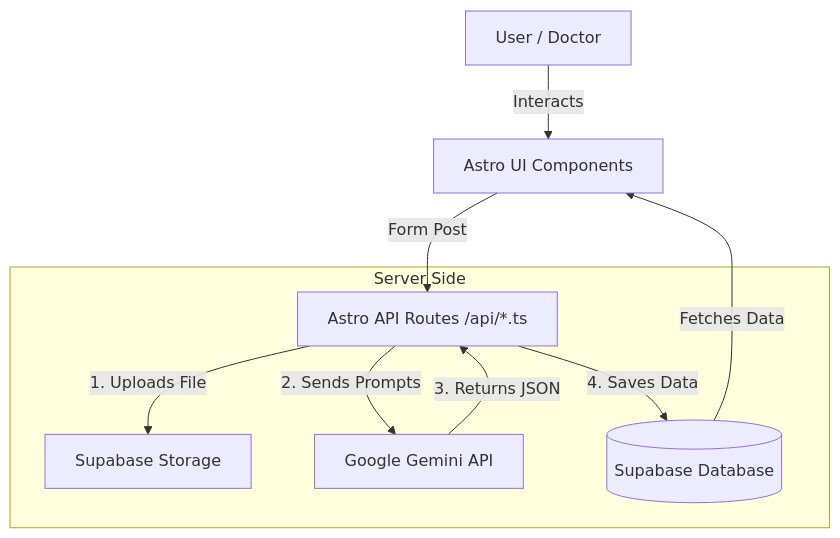
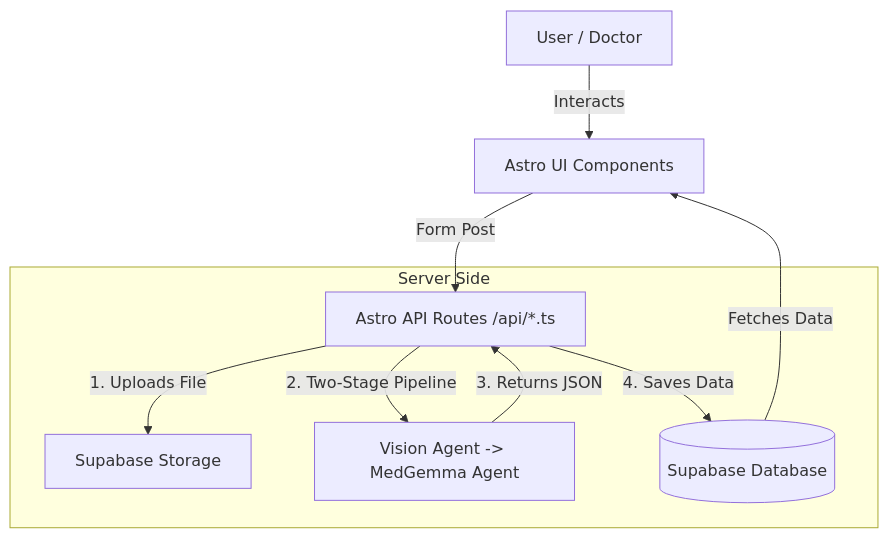
Before and after one commit to Rehumanice/Empathetic-Engagement: the diagram in docs/ARCHITECTURE.md, drawn with Mermaid. The commit also changed other lines of this file and 2 other files, not shown here.

Commit message:
Update docs to reflect Empathetic Engagement rename, GitHub URL, and 2-stage MedGemma Agentic Workflow

````diff
--- a/docs/ARCHITECTURE.md
+++ b/docs/ARCHITECTURE.md
@@ -7,14 +7,14 @@
 ```mermaid
 graph TD
     User[User / Doctor] -->|Interacts| UI[Astro UI Components]
     UI -->|Form Post| API[Astro API Routes /api/*.ts]
     
     subgraph "Server Side"
         API -->|1. Uploads File| Storage[Supabase Storage]
-        API -->|2. Sends Prompts| AI[Google Gemini API]
+        API -->|2. Two-Stage Pipeline| AI[Vision Agent -> MedGemma Agent]
         AI -->|3. Returns JSON| API
         API -->|4. Saves Data| DB[(Supabase Database)]
     end
     
     DB -->|Fetches Data| UI
 ```
````
